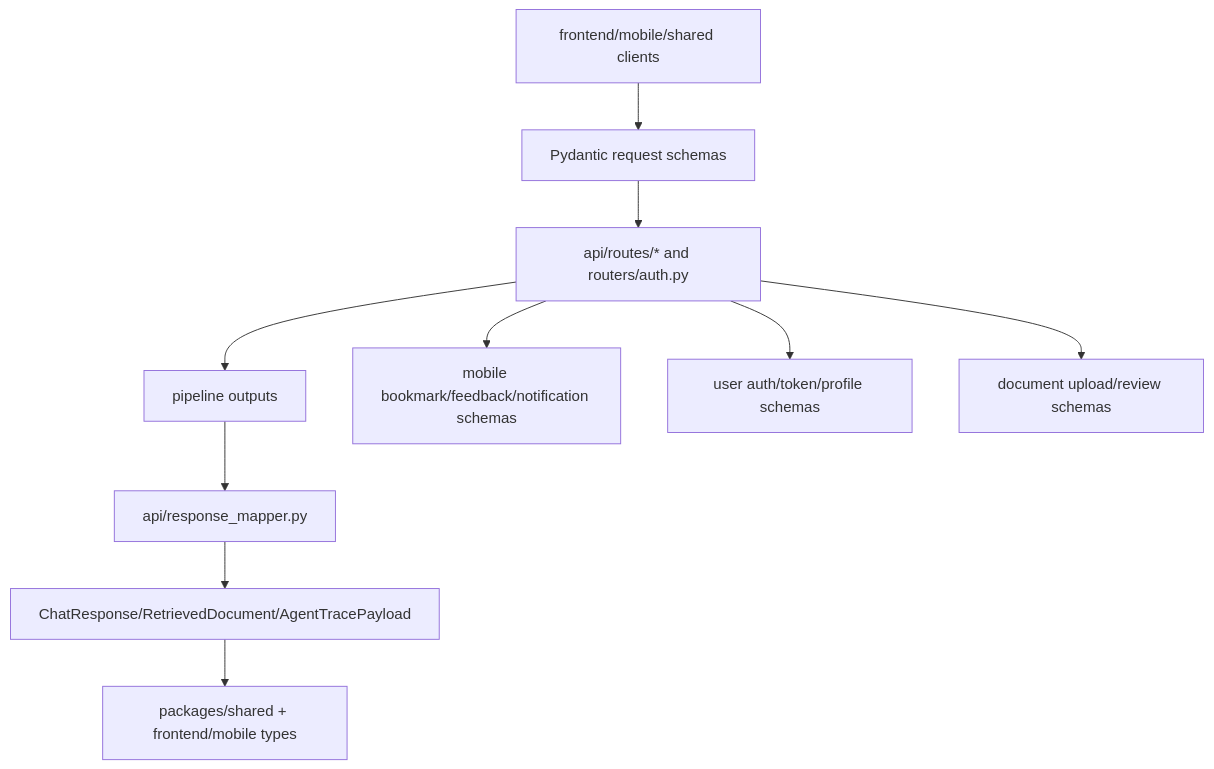
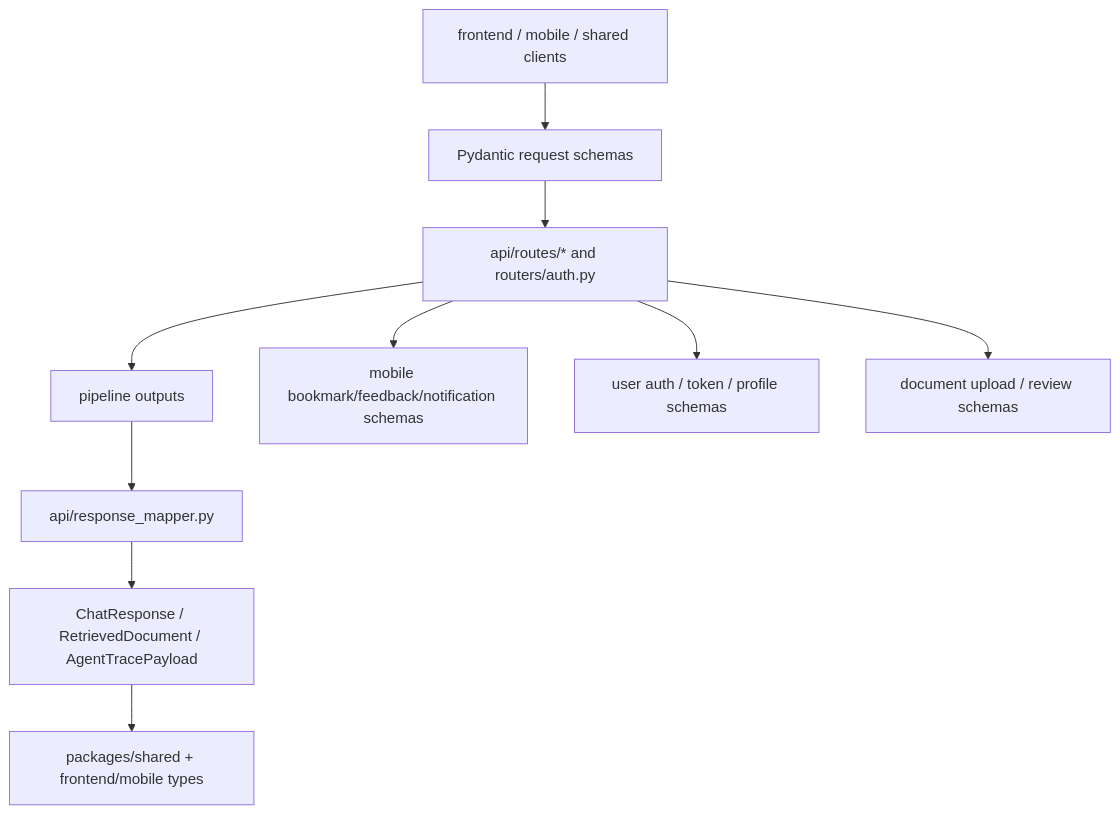
The diagram in src/RAG_v2/schemas/MODULE.md (hoainam183/GR), drawn with Mermaid before and after one commit. The commit also changed other lines of this file and 38 other files, not shown here.

````diff
--- a/src/RAG_v2/schemas/MODULE.md
+++ b/src/RAG_v2/schemas/MODULE.md
@@ -96,12 +475,12 @@
 ```mermaid
 flowchart TD
-  Client["frontend/mobile/shared clients"] --> Request["Pydantic request schemas"]
+  Client["frontend / mobile / shared clients"] --> Request["Pydantic request schemas"]
   Request --> Routes["api/routes/* and routers/auth.py"]
   Routes --> Pipeline["pipeline outputs"]
   Pipeline --> Mapper["api/response_mapper.py"]
-  Mapper --> ChatSchemas["ChatResponse/RetrievedDocument/AgentTracePayload"]
+  Mapper --> ChatSchemas["ChatResponse / RetrievedDocument / AgentTracePayload"]
   Routes --> MobileSchemas["mobile bookmark/feedback/notification schemas"]
-  Routes --> UserSchemas["user auth/token/profile schemas"]
-  Routes --> DocumentSchemas["document upload/review schemas"]
+  Routes --> UserSchemas["user auth / token / profile schemas"]
+  Routes --> DocumentSchemas["document upload / review schemas"]
   ChatSchemas --> ClientTypes["packages/shared + frontend/mobile types"]
 ```
````
